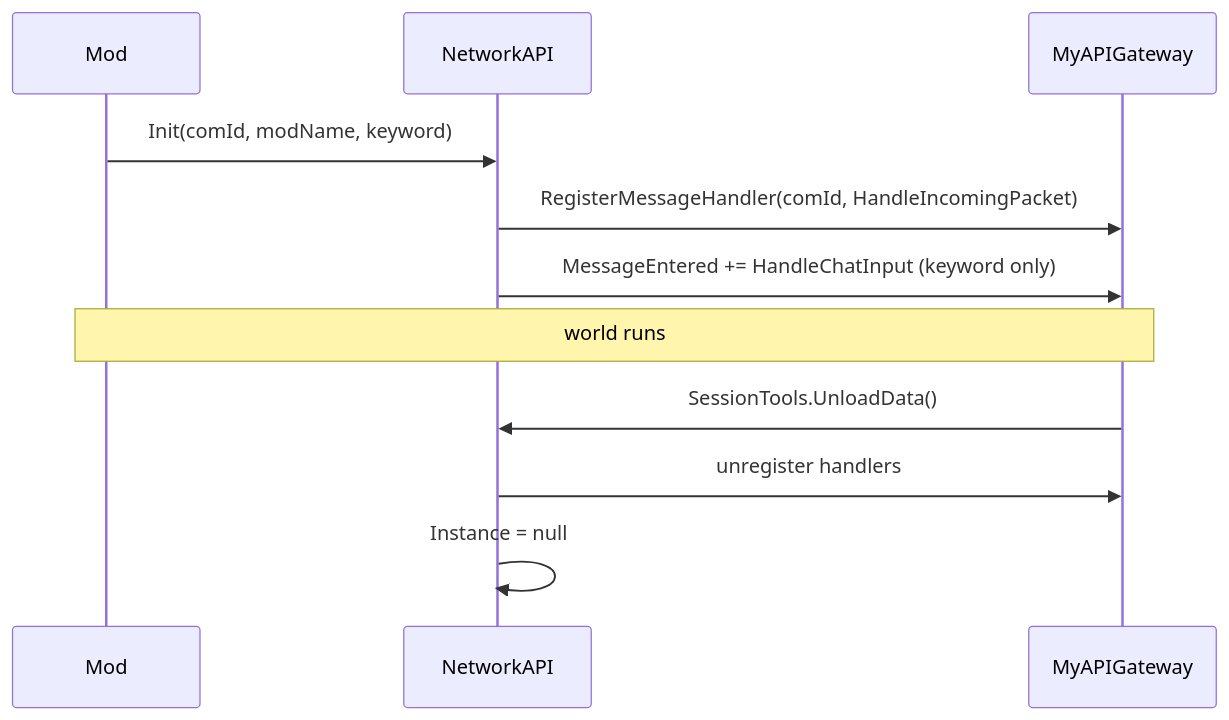
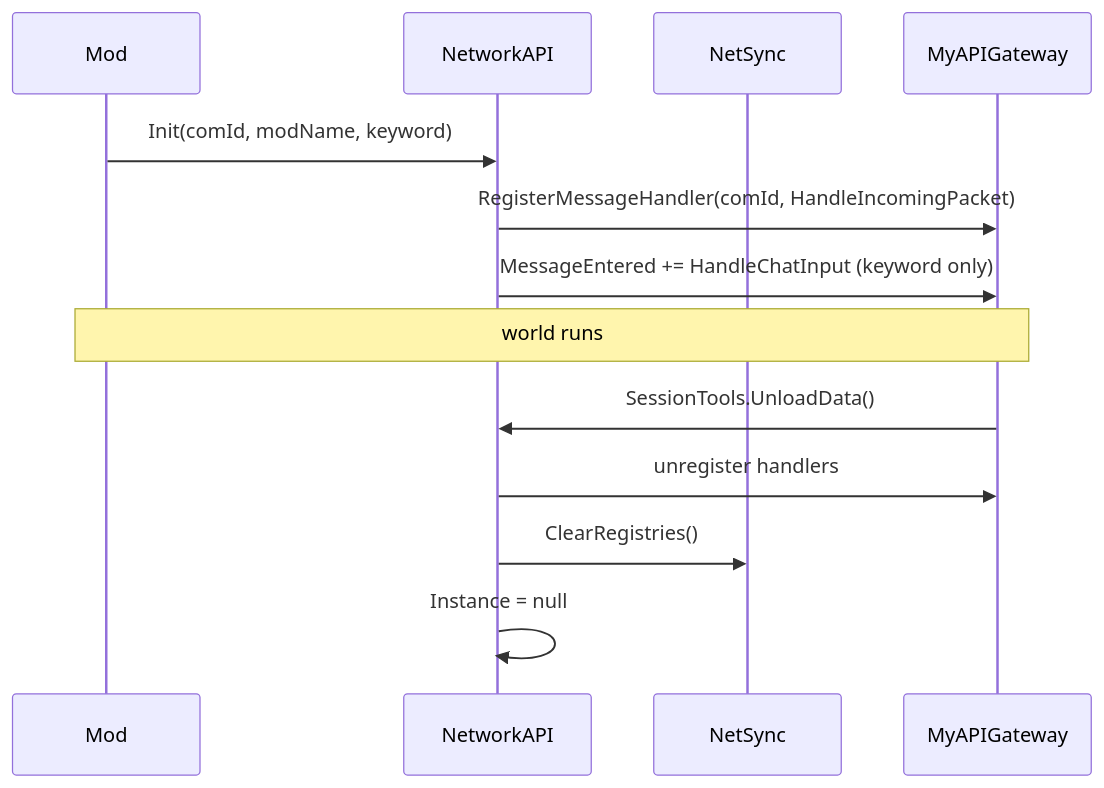
Before and after one commit to Gauge/SENetworkAPI: the second of 2 diagrams in docs/architecture.md, drawn with Mermaid. The commit also changed other lines of this file and 5 other files, not shown here.

````diff
--- a/docs/architecture.md
+++ b/docs/architecture.md
@@ -84,14 +86,16 @@
 ```mermaid
 sequenceDiagram
     participant Mod
     participant NetworkAPI
+    participant NetSync
     participant Game as MyAPIGateway
 
     Mod->>NetworkAPI: Init(comId, modName, keyword)
     NetworkAPI->>Game: RegisterMessageHandler(comId, HandleIncomingPacket)
     NetworkAPI->>Game: MessageEntered += HandleChatInput (keyword only)
     Note over Mod,Game: world runs
     Game->>NetworkAPI: SessionTools.UnloadData()
     NetworkAPI->>Game: unregister handlers
+    NetworkAPI->>NetSync: ClearRegistries()
     NetworkAPI->>NetworkAPI: Instance = null
 ```
````
